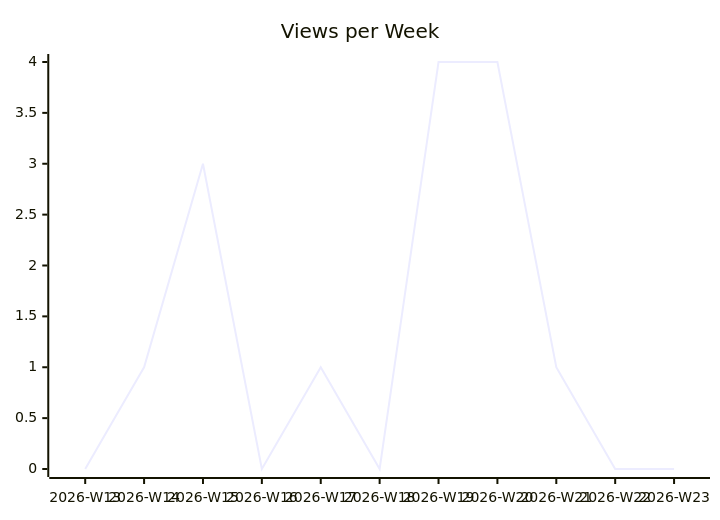
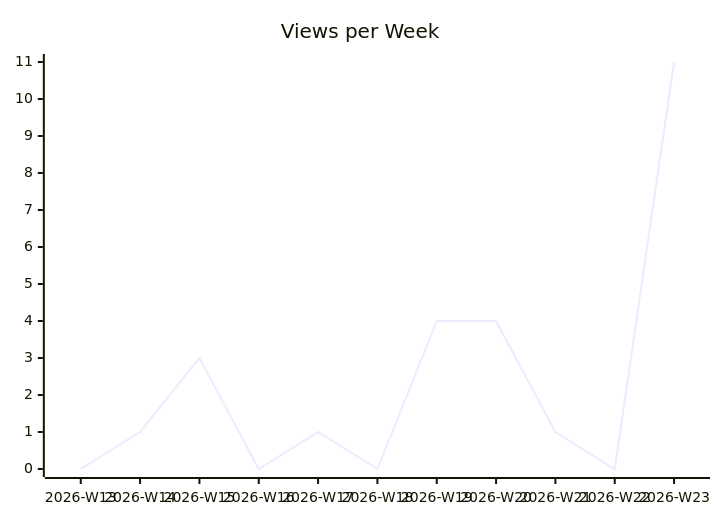
The second of 3 diagrams in justdavis-family/justdavis/README.md (justdavis-family/github-analytics-data), drawn with Mermaid before and after one commit. The commit also changed other lines of this file and 189 other files, not shown here.

````diff
--- a/justdavis-family/justdavis/README.md
+++ b/justdavis-family/justdavis/README.md
@@ -12,6 +12,6 @@
 ```mermaid
 xychart-beta
   title "Views per Week"
   x-axis ["2026-W13", "2026-W14", "2026-W15", "2026-W16", "2026-W17", "2026-W18", "2026-W19", "2026-W20", "2026-W21", "2026-W22", "2026-W23"]
-  line [0, 1, 3, 0, 1, 0, 4, 4, 1, 0, 0]
+  line [0, 1, 3, 0, 1, 0, 4, 4, 1, 0, 11]
 ```
````
